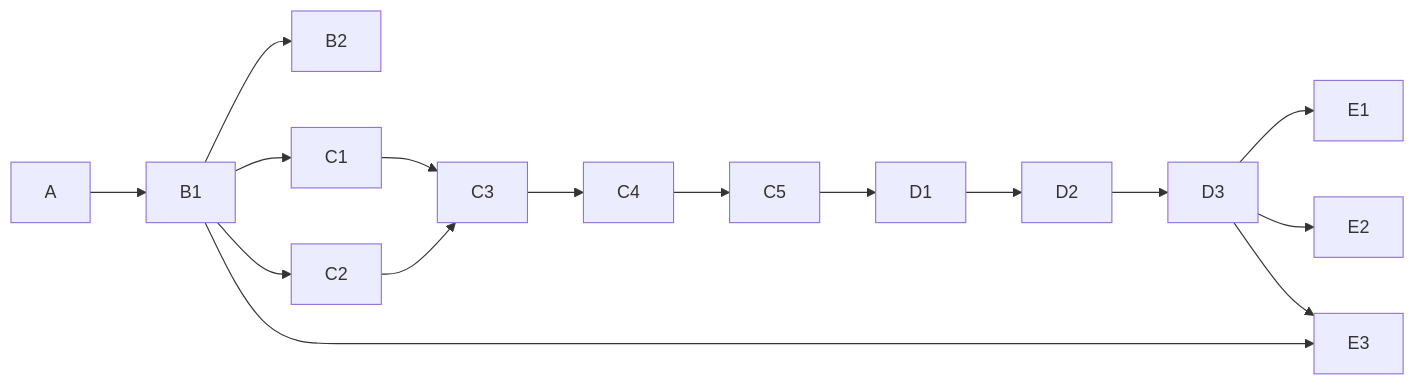
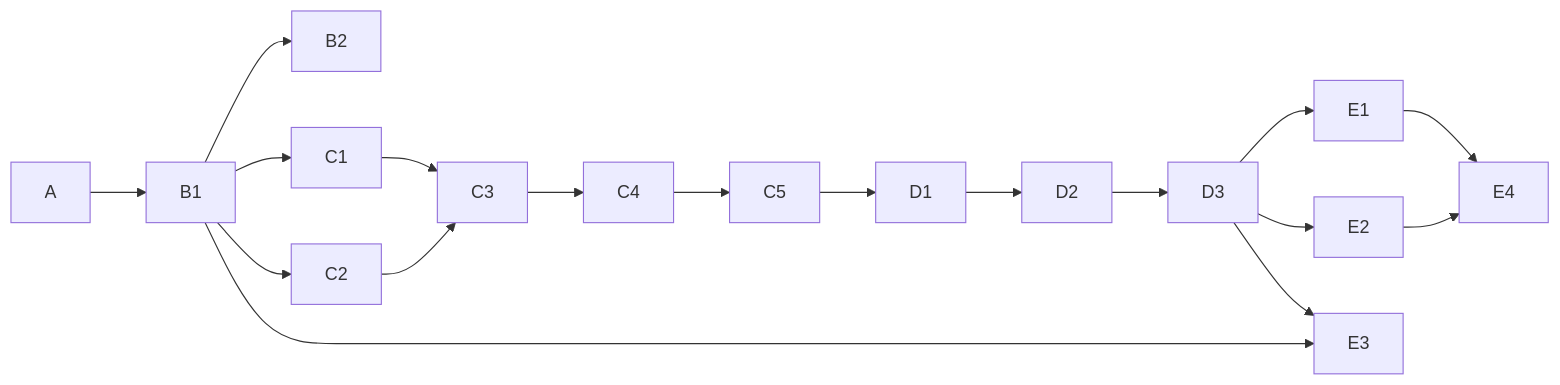
One commit to HoyoungParkme/tableau_platform changed the diagram in docs/specs/11-CODE/TBL-CODE-001.md. Above: the diagram before and after it, drawn with Mermaid. The commit also changed other lines of this file, not shown here.

````diff
--- a/docs/specs/11-CODE/TBL-CODE-001.md
+++ b/docs/specs/11-CODE/TBL-CODE-001.md
@@ -192,12 +204,14 @@
 ```mermaid
 flowchart LR
   A --> B1 --> B2
   B1 --> C1 --> C3
   B1 --> C2 --> C3
   C3 --> C4 --> C5
   C5 --> D1 --> D2 --> D3
   D3 --> E1
   D3 --> E2
   D3 --> E3
   B1 --> E3
+  E1 --> E4
+  E2 --> E4
 ```
````
